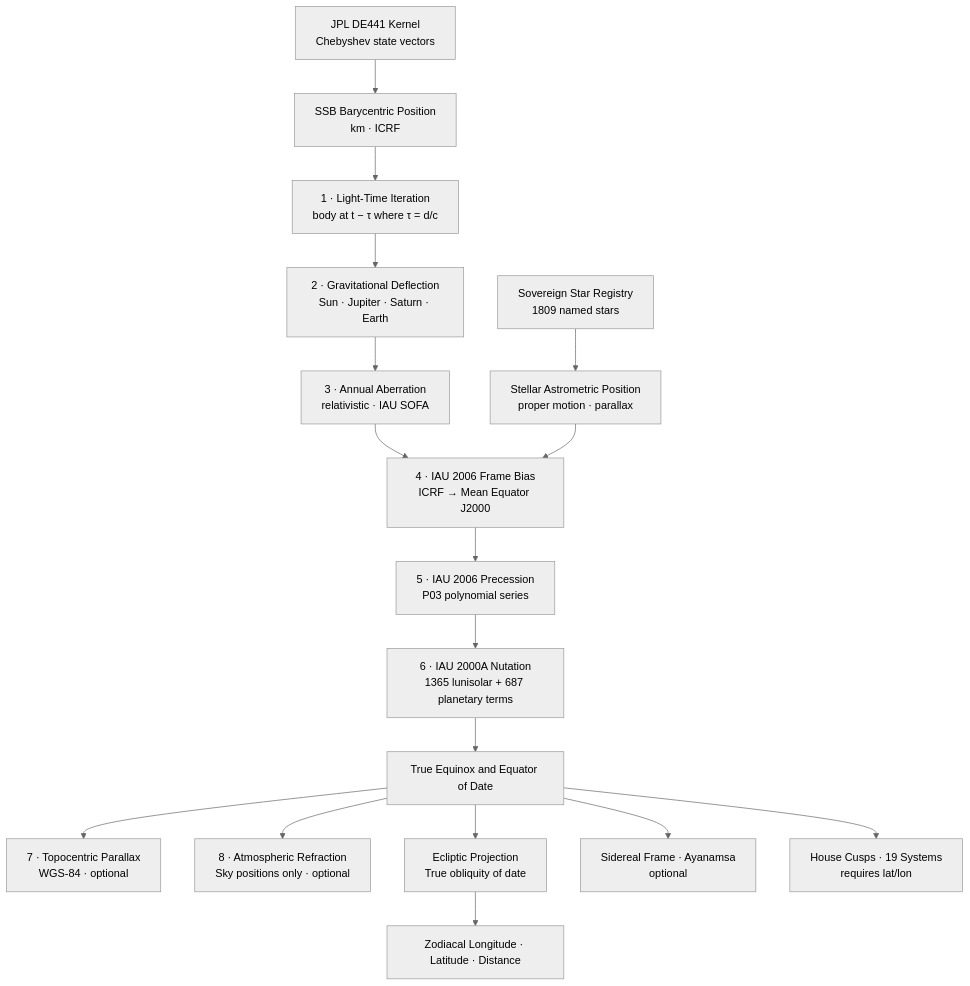
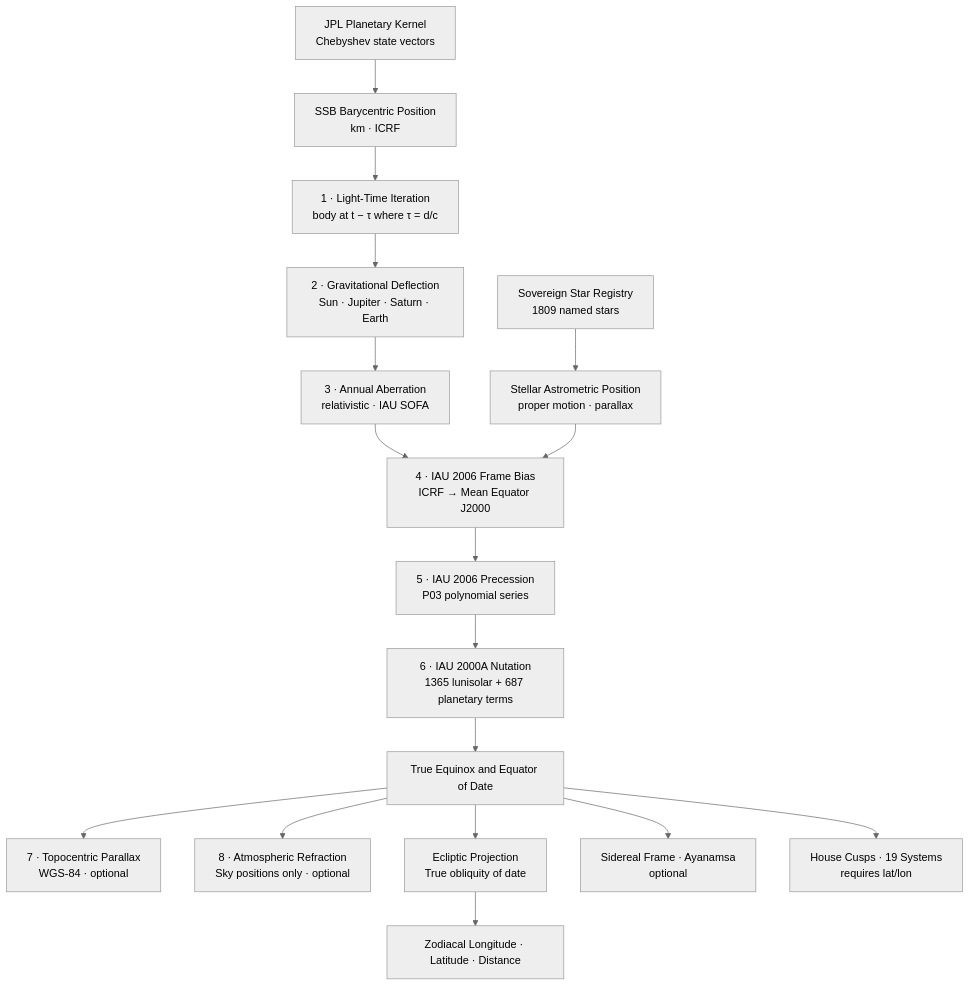
The diagram in README.md (TheDaniel166/moira), drawn with Mermaid (neutral theme) before and after one commit. The commit also changed other lines of this file and 3 other files, not shown here.

Commit message:
Enhance kernel handling by auto-discovering planetary kernels and updating documentation

````diff
--- a/README.md
+++ b/README.md
@@ -214,19 +228,19 @@
 ```mermaid
 graph TD
-    A[JPL DE441 Kernel\nChebyshev state vectors] --> B[SSB Barycentric Position\nkm · ICRF]
+    A[JPL Planetary Kernel\nChebyshev state vectors] --> B[SSB Barycentric Position\nkm · ICRF]
     C[Sovereign Star Registry\n1809 named stars] --> D[Stellar Astrometric Position\nproper motion · parallax]
     B --> E[1 · Light-Time Iteration\nbody at t − τ  where τ = d/c]
     E --> F[2 · Gravitational Deflection\nSun · Jupiter · Saturn · Earth]
     F --> G[3 · Annual Aberration\nrelativistic · IAU SOFA]
     G --> H[4 · IAU 2006 Frame Bias\nICRF → Mean Equator J2000]
     D --> H
     H --> I[5 · IAU 2006 Precession\nP03 polynomial series]
     I --> J[6 · IAU 2000A Nutation\n1365 lunisolar + 687 planetary terms]
     J --> K[True Equinox and Equator of Date]
     K --> L[7 · Topocentric Parallax\nWGS-84 · optional]
     K --> M[8 · Atmospheric Refraction\nSky positions only · optional]
     K --> N[Ecliptic Projection\nTrue obliquity of date]
     N --> O[Zodiacal Longitude · Latitude · Distance]
     K --> P[Sidereal Frame · Ayanamsa\noptional]
     K --> Q[House Cusps · 19 Systems\nrequires lat/lon]
 ```
````
